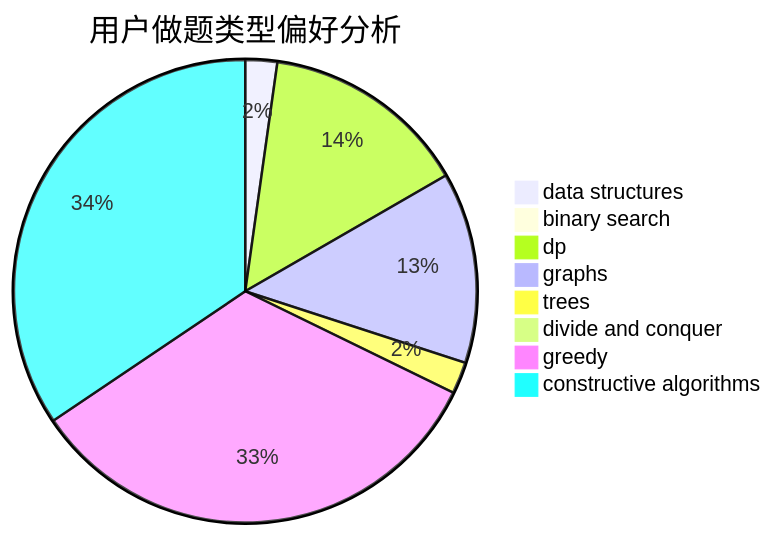
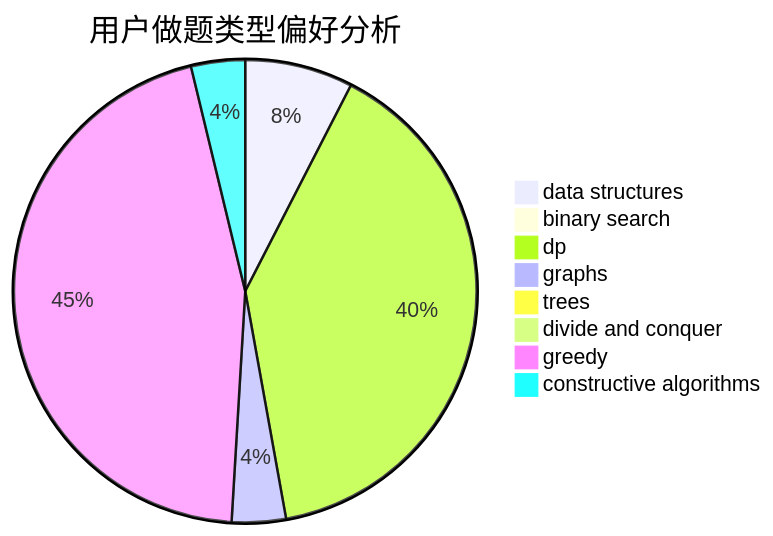
Before and after one commit to sherpahu/cfrs.github.io: the second of 3 diagrams in docs/user/u58.md, drawn with Mermaid. The commit also changed other lines of this file and 2770 other files, not shown here.

````diff
--- a/docs/user/u58.md
+++ b/docs/user/u58.md
@@ -23,11 +23,11 @@
 ```mermaid
 pie title 用户做题类型偏好分析
-    "data structures" :  2
+    "data structures" :  4
     "binary search" :  0
-    "dp" :  13
-    "graphs" :  12
-    "trees" :  2
+    "dp" :  21
+    "graphs" :  2
+    "trees" :  0
     "divide and conquer" :  0
-    "greedy" :  30
-    "constructive algorithms" :  31
+    "greedy" :  24
+    "constructive algorithms" :  2
 ```
````
